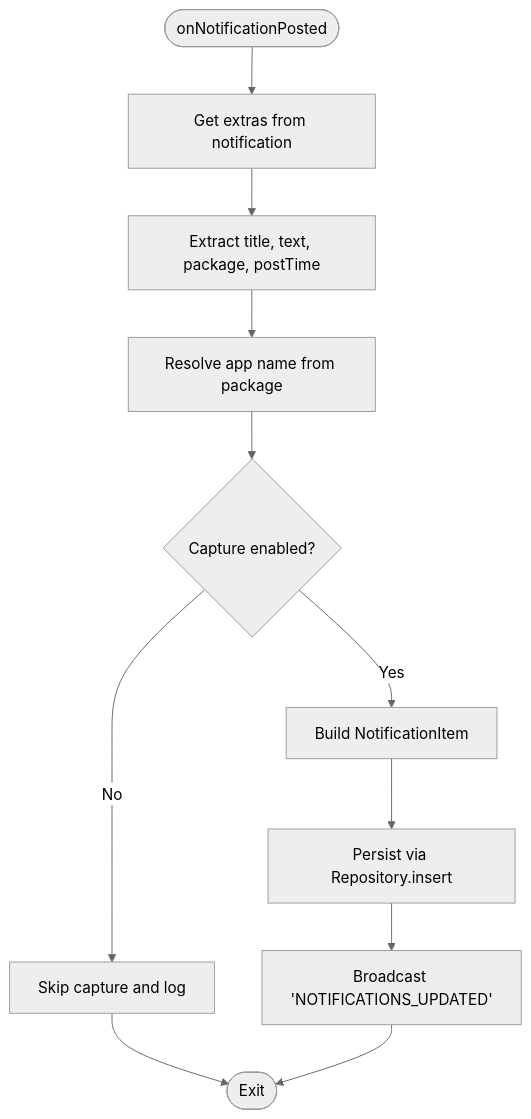
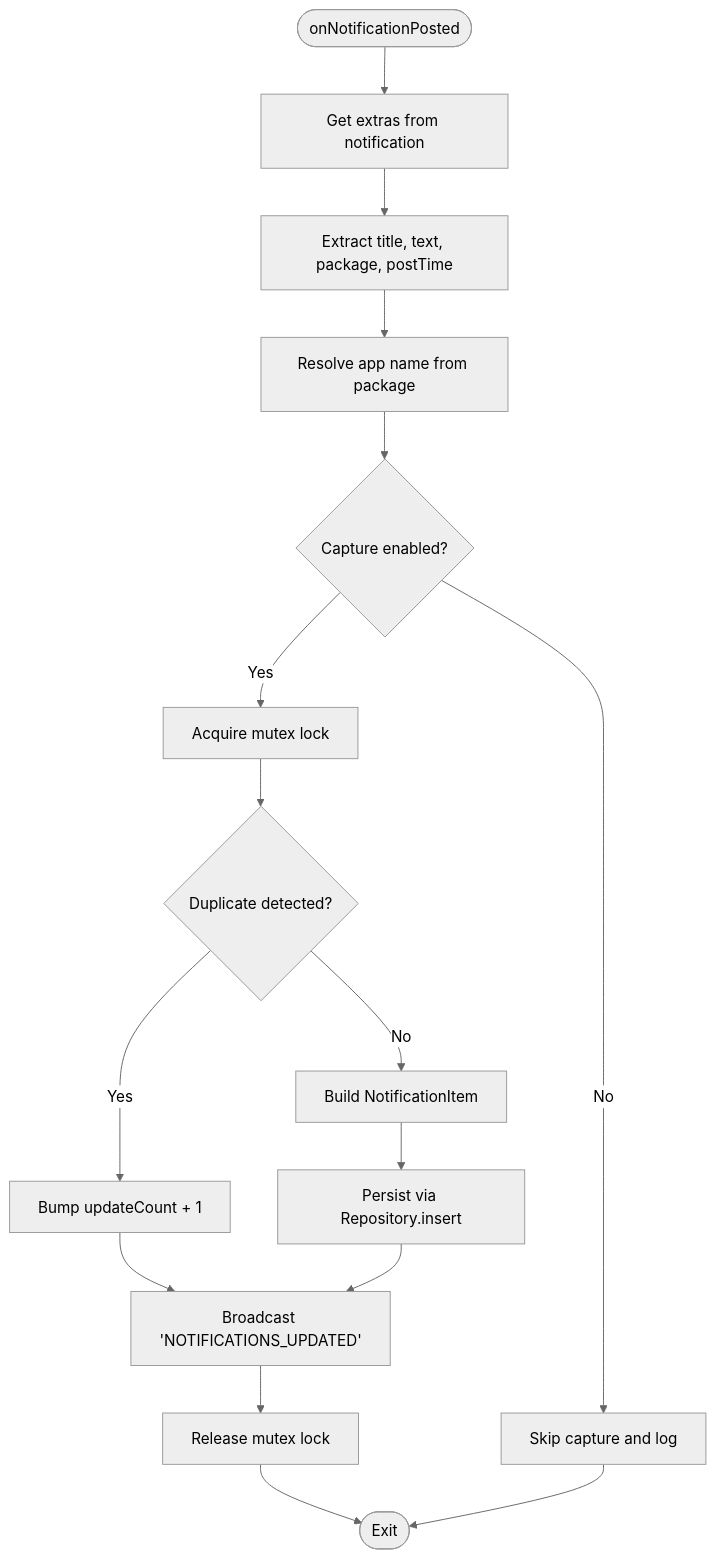
The fourth of 9 diagrams in .qoder/repowiki/en/content/Core Features/Real-time Notification Capture.md (caldefoc/NotificationLog), drawn with Mermaid (neutral theme) before and after one commit. The commit also changed other lines of this file and 13 other files, not shown here.

````diff
--- a/.qoder/repowiki/en/content/Core Features/Real-time Notification Capture.md
+++ b/.qoder/repowiki/en/content/Core Features/Real-time Notification Capture.md
@@ -224,13 +258,18 @@
 ```mermaid
 flowchart TD
 Start(["onNotificationPosted"]) --> GetExtras["Get extras from notification"]
 GetExtras --> ExtractFields["Extract title, text, package, postTime"]
 ExtractFields --> ResolveApp["Resolve app name from package"]
 ResolveApp --> CheckFlag{"Capture enabled?"}
 CheckFlag --> |No| Skip["Skip capture and log"]
-CheckFlag --> |Yes| BuildItem["Build NotificationItem"]
+CheckFlag --> |Yes| AcquireLock["Acquire mutex lock"]
+AcquireLock --> CheckDuplicate{"Duplicate detected?"}
+CheckDuplicate --> |Yes| BumpCount["Bump updateCount + 1"]
+CheckDuplicate --> |No| BuildItem["Build NotificationItem"]
+BumpCount --> Broadcast["Broadcast 'NOTIFICATIONS_UPDATED'"]
 BuildItem --> Persist["Persist via Repository.insert"]
-Persist --> Broadcast["Broadcast 'NOTIFICATIONS_UPDATED'"]
-Skip --> End(["Exit"])
-Broadcast --> End
+Persist --> Broadcast
+Broadcast --> ReleaseLock["Release mutex lock"]
+ReleaseLock --> End(["Exit"])
+Skip --> End
 ```
````
